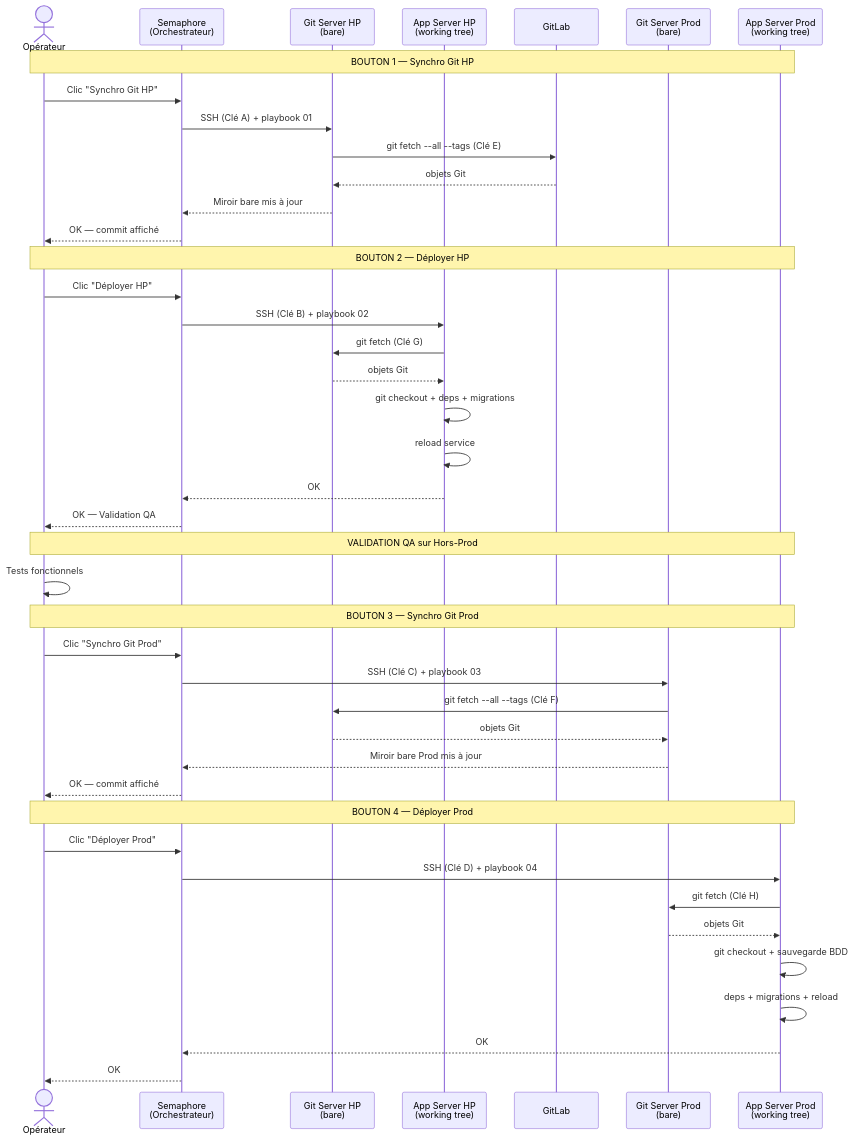
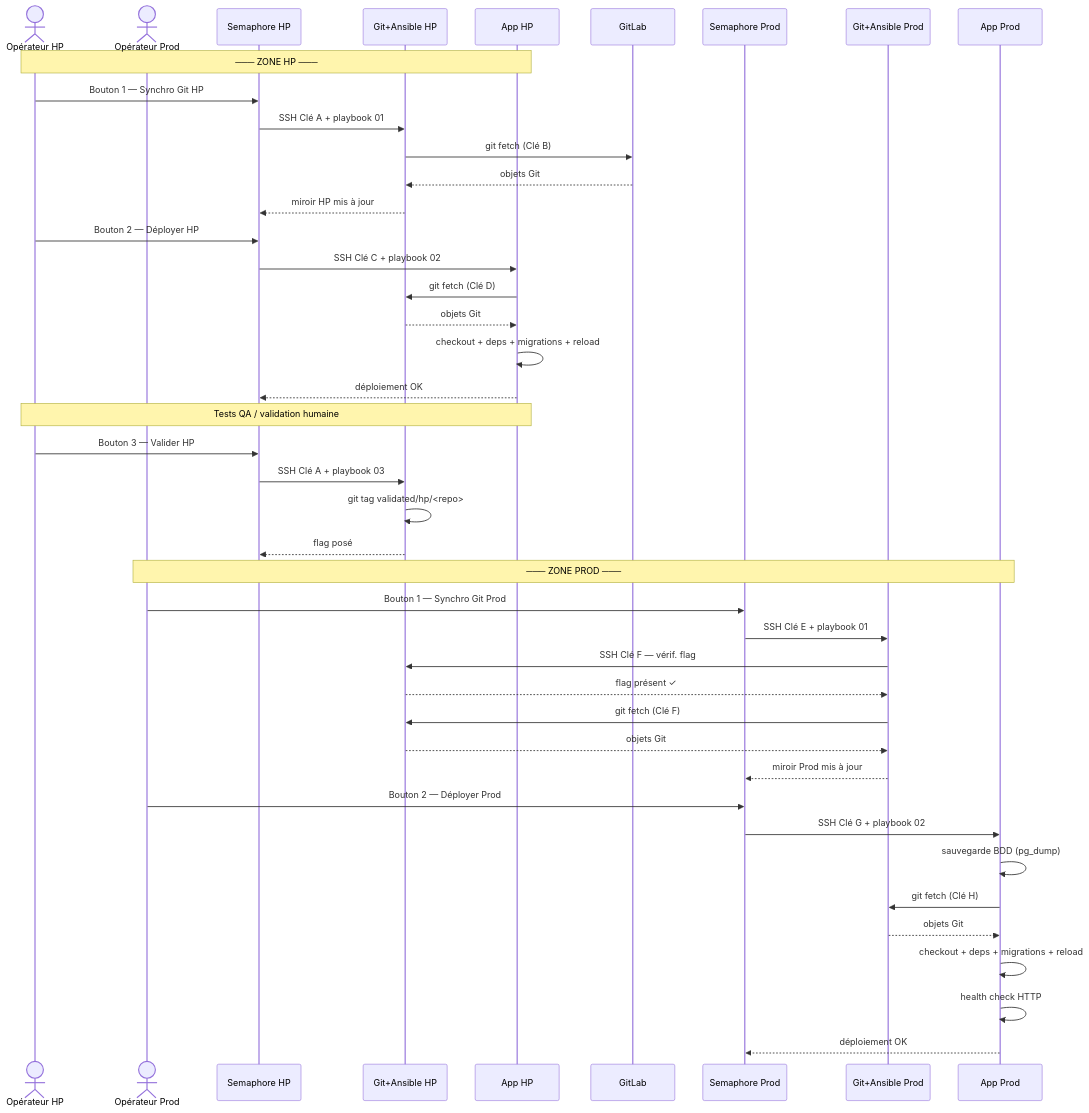
One commit to s4uroon/CI-CD changed the third of 3 diagrams in docs/architecture.md. Above: the diagram before and after it, drawn with Mermaid. The commit also changed other lines of this file and 33 other files, not shown here.

````diff
--- a/docs/architecture.md
+++ b/docs/architecture.md
@@ -103,54 +134,53 @@
 ```mermaid
 sequenceDiagram
-    actor OPS as Opérateur
-    participant SEM as Semaphore<br/>(Orchestrateur)
-    participant GHP as Git Server HP<br/>(bare)
-    participant AHP as App Server HP<br/>(working tree)
+    actor OPS_HP as Opérateur HP
+    actor OPS_PROD as Opérateur Prod
+    participant SHP as Semaphore HP
+    participant GHP as Git+Ansible HP
+    participant AHP as App HP
     participant GL as GitLab
-    participant GPROD as Git Server Prod<br/>(bare)
-    participant APROD as App Server Prod<br/>(working tree)
+    participant SPROD as Semaphore Prod
+    participant GPROD as Git+Ansible Prod
+    participant APROD as App Prod
 
-    Note over OPS,APROD: BOUTON 1 — Synchro Git HP
+    Note over OPS_HP,AHP: ─── ZONE HP ───
 
-    OPS->>SEM: Clic "Synchro Git HP"
-    SEM->>GHP: SSH (Clé A) + playbook 01
-    GHP->>GL: git fetch --all --tags (Clé E)
+    OPS_HP->>SHP: Bouton 1 — Synchro Git HP
+    SHP->>GHP: SSH Clé A + playbook 01
+    GHP->>GL: git fetch (Clé B)
     GL-->>GHP: objets Git
-    GHP-->>SEM: Miroir bare mis à jour
-    SEM-->>OPS: OK — commit affiché
+    GHP-->>SHP: miroir HP mis à jour
 
-    Note over OPS,APROD: BOUTON 2 — Déployer HP
+    OPS_HP->>SHP: Bouton 2 — Déployer HP
+    SHP->>AHP: SSH Clé C + playbook 02
+    AHP->>GHP: git fetch (Clé D)
+    GHP-->>AHP: objets Git
+    AHP->>AHP: checkout + deps + migrations + reload
+    AHP-->>SHP: déploiement OK
 
-    OPS->>SEM: Clic "Déployer HP"
-    SEM->>AHP: SSH (Clé B) + playbook 02
-    AHP->>GHP: git fetch (Clé G)
-    GHP-->>AHP: objets Git
-    AHP->>AHP: git checkout + deps + migrations
-    AHP->>AHP: reload service
-    AHP-->>SEM: OK
-    SEM-->>OPS: OK — Validation QA
+    Note over OPS_HP,AHP: Tests QA / validation humaine
 
-    Note over OPS,APROD: VALIDATION QA sur Hors-Prod
+    OPS_HP->>SHP: Bouton 3 — Valider HP
+    SHP->>GHP: SSH Clé A + playbook 03
+    GHP->>GHP: git tag validated/hp/<repo>
+    GHP-->>SHP: flag posé
 
-    OPS->>OPS: Tests fonctionnels
+    Note over OPS_PROD,APROD: ─── ZONE PROD ───
 
-    Note over OPS,APROD: BOUTON 3 — Synchro Git Prod
+    OPS_PROD->>SPROD: Bouton 1 — Synchro Git Prod
+    SPROD->>GPROD: SSH Clé E + playbook 01
+    GPROD->>GHP: SSH Clé F — vérif. flag
+    GHP-->>GPROD: flag présent ✓
+    GPROD->>GHP: git fetch (Clé F)
+    GHP-->>GPROD: objets Git
+    GPROD-->>SPROD: miroir Prod mis à jour
 
-    OPS->>SEM: Clic "Synchro Git Prod"
-    SEM->>GPROD: SSH (Clé C) + playbook 03
-    GPROD->>GHP: git fetch --all --tags (Clé F)
-    GHP-->>GPROD: objets Git
-    GPROD-->>SEM: Miroir bare Prod mis à jour
-    SEM-->>OPS: OK — commit affiché
-
-    Note over OPS,APROD: BOUTON 4 — Déployer Prod
-
-    OPS->>SEM: Clic "Déployer Prod"
-    SEM->>APROD: SSH (Clé D) + playbook 04
+    OPS_PROD->>SPROD: Bouton 2 — Déployer Prod
+    SPROD->>APROD: SSH Clé G + playbook 02
+    APROD->>APROD: sauvegarde BDD (pg_dump)
     APROD->>GPROD: git fetch (Clé H)
     GPROD-->>APROD: objets Git
-    APROD->>APROD: git checkout + sauvegarde BDD
-    APROD->>APROD: deps + migrations + reload
-    APROD-->>SEM: OK
-    SEM-->>OPS: OK
+    APROD->>APROD: checkout + deps + migrations + reload
+    APROD->>APROD: health check HTTP
+    APROD-->>SPROD: déploiement OK
 ```
````
